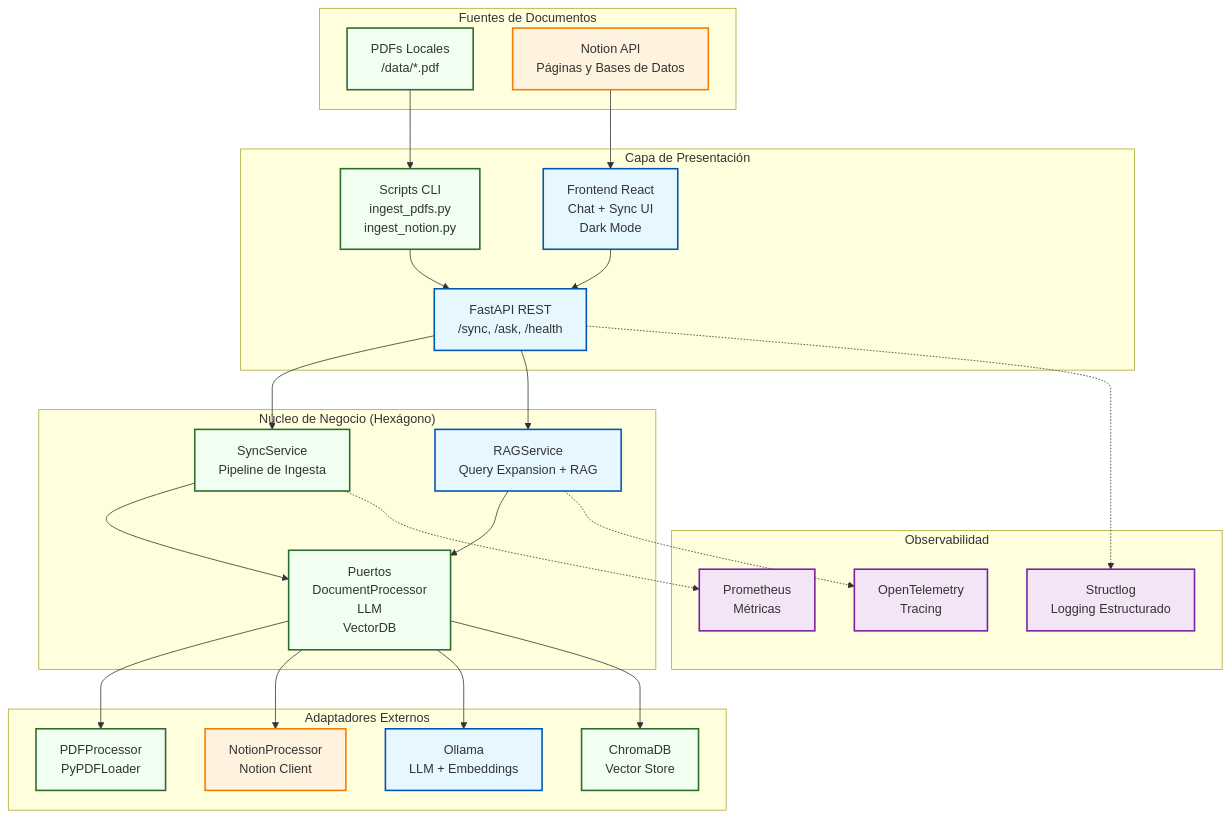
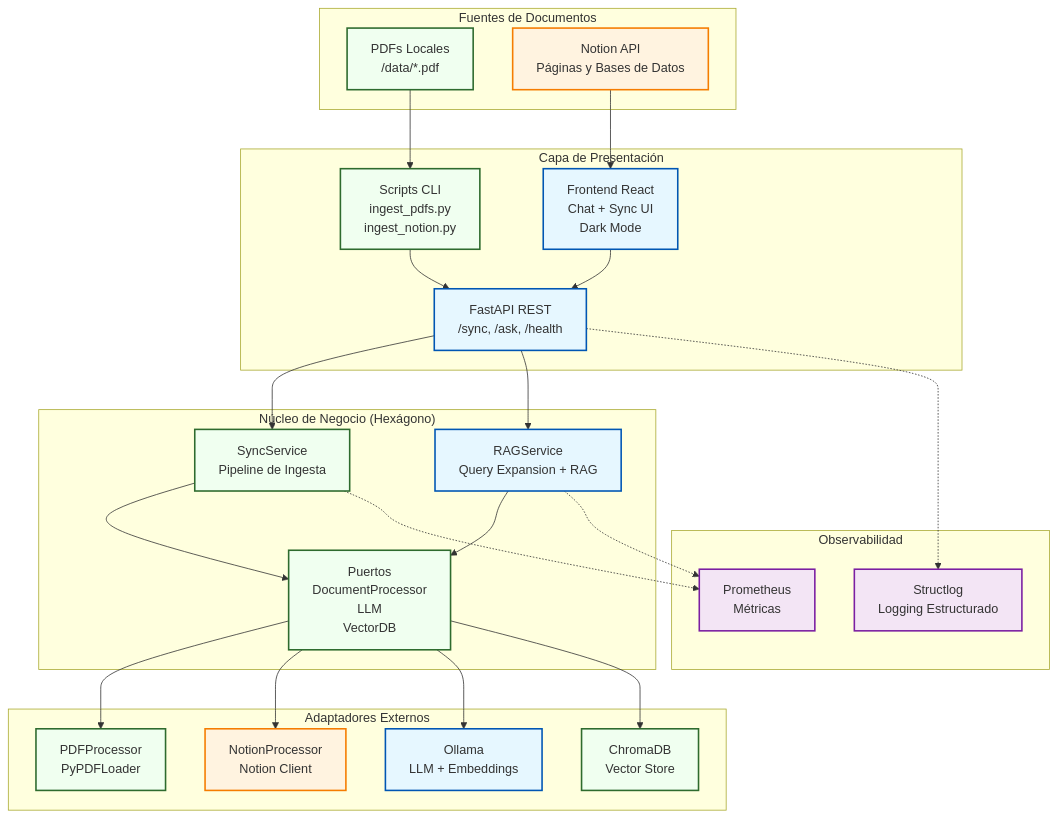
Before and after one commit to mrodespin/aibrarian: the first of 5 diagrams in README.md, drawn with Mermaid. The commit also changed other lines of this file, not shown here.

````diff
--- a/README.md
+++ b/README.md
@@ -105,75 +105,74 @@
 ```mermaid
 graph TD
     %% --- Definiciones de Estilo ---
     classDef mvp fill:#f0fff0,stroke:#2e6b2e,stroke-width:2px;
     classDef phase1 fill:#e6f7ff,stroke:#0056b3,stroke-width:2px;
     classDef extension fill:#fff3e0,stroke:#f57c00,stroke-width:2px;
     classDef observability fill:#f3e5f5,stroke:#7b1fa2,stroke-width:2px;
 
     %% --- Fuentes de Datos ---
     subgraph "Fuentes de Documentos"
         PDFs["PDFs Locales<br>/data/*.pdf"]
         NotionAPI["Notion API<br>Páginas y Bases de Datos"]
     end
 
     %% --- Adaptadores de Entrada ---
     subgraph "Capa de Presentación"
         UI["Frontend React<br>Chat + Sync UI<br>Dark Mode"]
         CLI["Scripts CLI<br>ingest_pdfs.py<br>ingest_notion.py"]
         API["FastAPI REST<br>/sync, /ask, /health"]
     end
 
     %% --- Observabilidad ---
     subgraph "Observabilidad"
         Logging["Structlog<br>Logging Estructurado"]
         Metrics["Prometheus<br>Métricas"]
-        Tracing["OpenTelemetry<br>Tracing"]
     end
 
     %% --- Núcleo Hexagonal ---
     subgraph "Núcleo de Negocio (Hexágono)"
         SyncService["SyncService<br>Pipeline de Ingesta"]
         RAGService["RAGService<br>Query Expansion + RAG"]
         Ports["Puertos<br>DocumentProcessor<br>LLM<br>VectorDB"]
     end
 
     %% --- Adaptadores de Salida ---
     subgraph "Adaptadores Externos"
         PDFAdapter["PDFProcessor<br>PyPDFLoader"]
         NotionAdapter["NotionProcessor<br>Notion Client"]
         OllamaAdapter["Ollama<br>LLM + Embeddings"]
         ChromaAdapter["ChromaDB<br>Vector Store"]
     end
 
     %% --- Conexiones Presentación ---
     UI --> API
     CLI --> API
     PDFs --> CLI
     NotionAPI --> UI
 
     %% --- Conexiones API a Servicios ---
     API --> SyncService
     API --> RAGService
 
     %% --- Conexiones Servicios a Puertos ---
     SyncService --> Ports
     RAGService --> Ports
 
     %% --- Conexiones Puertos a Adaptadores ---
     Ports --> PDFAdapter
     Ports --> NotionAdapter
     Ports --> OllamaAdapter
     Ports --> ChromaAdapter
 
     %% --- Observabilidad ---
     API -.-> Logging
     SyncService -.-> Metrics
-    RAGService -.-> Tracing
+    RAGService -.-> Metrics
 
     %% --- Asignación de Clases ---
     class PDFs,CLI,SyncService,PDFAdapter,ChromaAdapter mvp
     class UI,RAGService,OllamaAdapter,API phase1
     class NotionAPI,NotionAdapter extension
-    class Logging,Metrics,Tracing observability
+    class Logging,Metrics observability
     class Ports mvp
 ```
````
